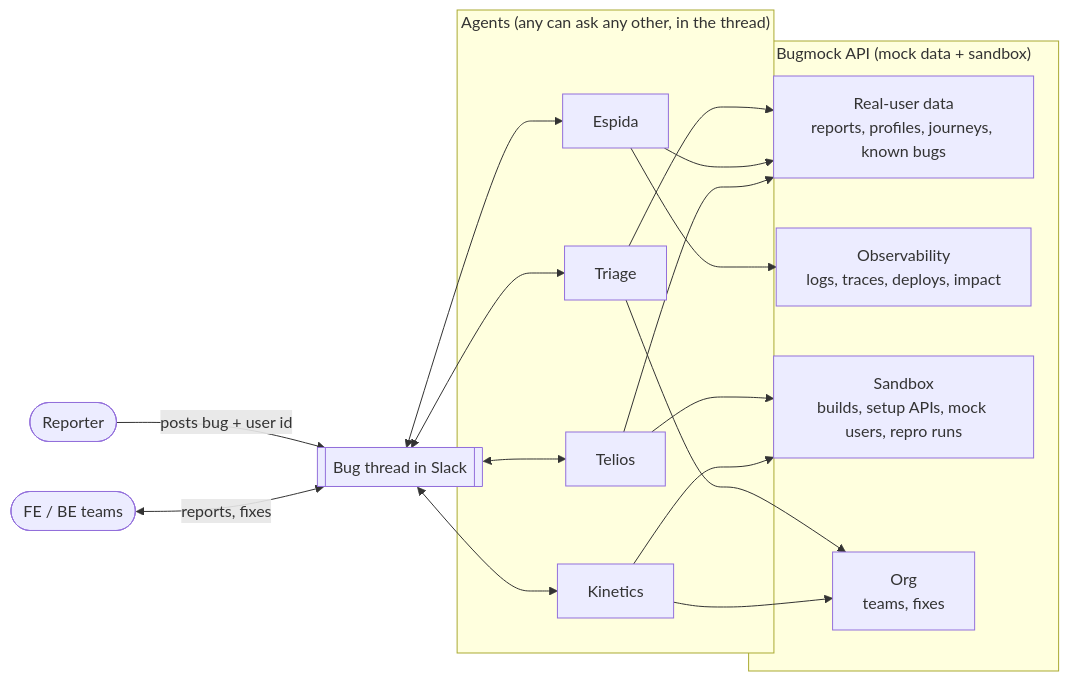
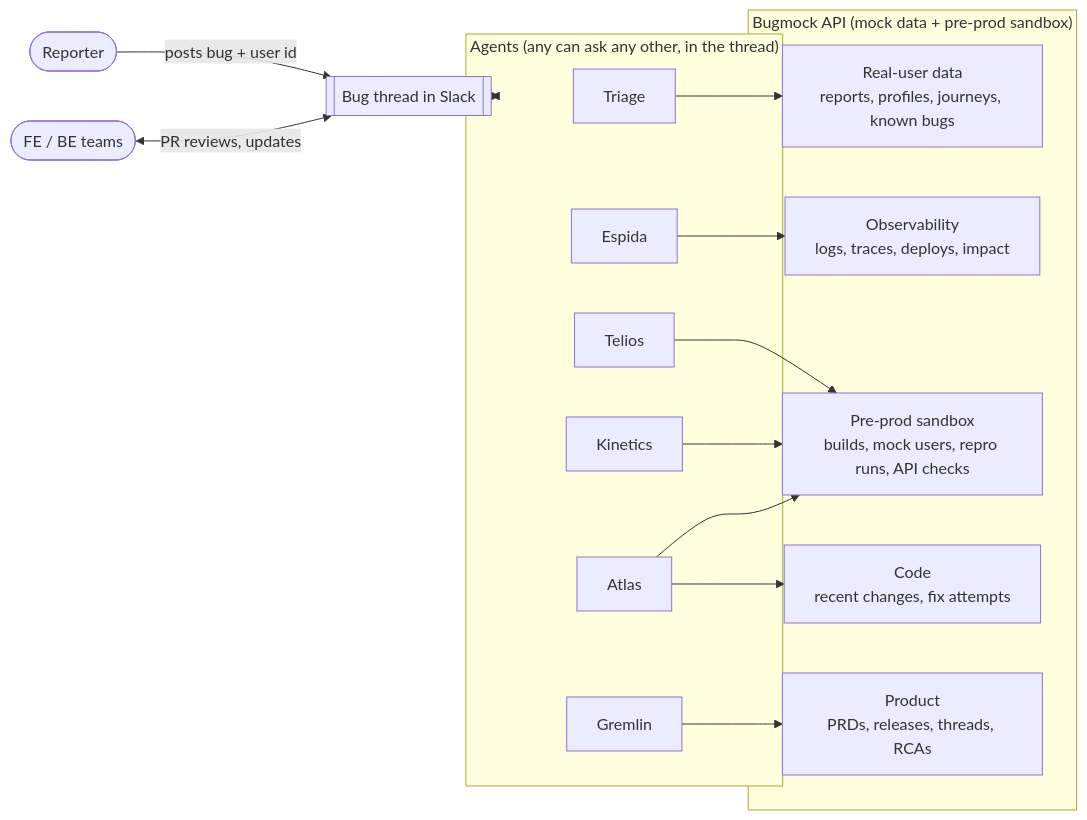
Before and after one commit to Pranav108/tracesquad: the first of 6 diagrams in docs/SYSTEM.md, drawn with Mermaid. The commit also changed other lines of this file and 1 other file, not shown here.

Commit message:
docs: system guide covers atlas and gremlin

````diff
--- a/docs/SYSTEM.md
+++ b/docs/SYSTEM.md
@@ -51,33 +54,32 @@
 ```mermaid
 flowchart LR
     reporter(["Reporter"]) -- "posts bug + user id" --> thread[["Bug thread in Slack"]]
-    teams(["FE / BE teams"]) <-- "reports, fixes" --> thread
+    teams(["FE / BE teams"]) <-- "PR reviews, updates" --> thread
 
     subgraph agents["Agents (any can ask any other, in the thread)"]
         triage["Triage"]
         telios["Telios"]
         kinetics["Kinetics"]
         espida["Espida"]
+        atlas["Atlas"]
+        gremlin["Gremlin"]
     end
 
-    thread <--> triage
-    thread <--> telios
-    thread <--> kinetics
-    thread <--> espida
+    thread <--> agents
 
-    subgraph api["Bugmock API (mock data + sandbox)"]
+    subgraph api["Bugmock API (mock data + pre-prod sandbox)"]
         real["Real-user data<br/>reports, profiles, journeys, known bugs"]
         obs["Observability<br/>logs, traces, deploys, impact"]
-        sandbox["Sandbox<br/>builds, setup APIs, mock users, repro runs"]
-        org["Org<br/>teams, fixes"]
+        sandbox["Pre-prod sandbox<br/>builds, mock users, repro runs, API checks"]
+        code["Code<br/>recent changes, fix attempts"]
+        product["Product<br/>PRDs, releases, threads, RCAs"]
     end
 
     triage --> real
-    triage --> org
     espida --> obs
-    espida --> real
     telios --> sandbox
-    telios --> real
     kinetics --> sandbox
-    kinetics --> org
+    atlas --> code
+    atlas --> sandbox
+    gremlin --> product
 ```
````
